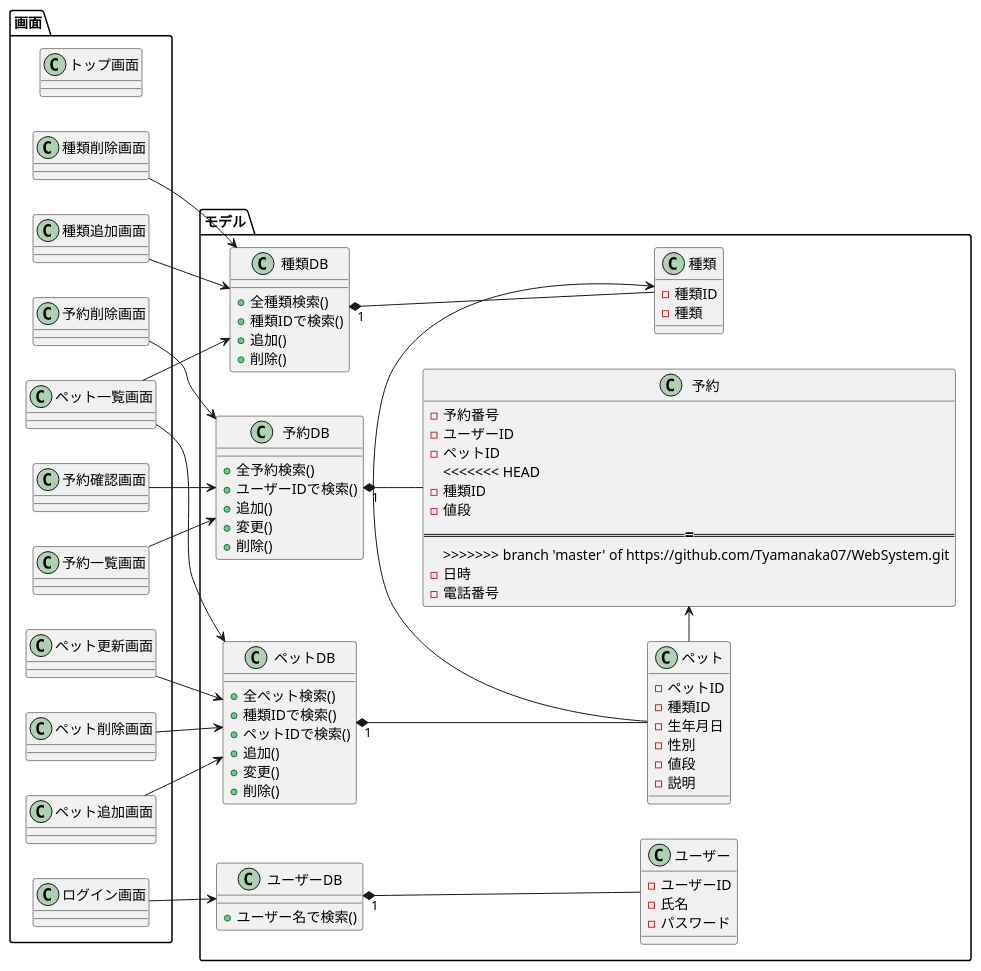
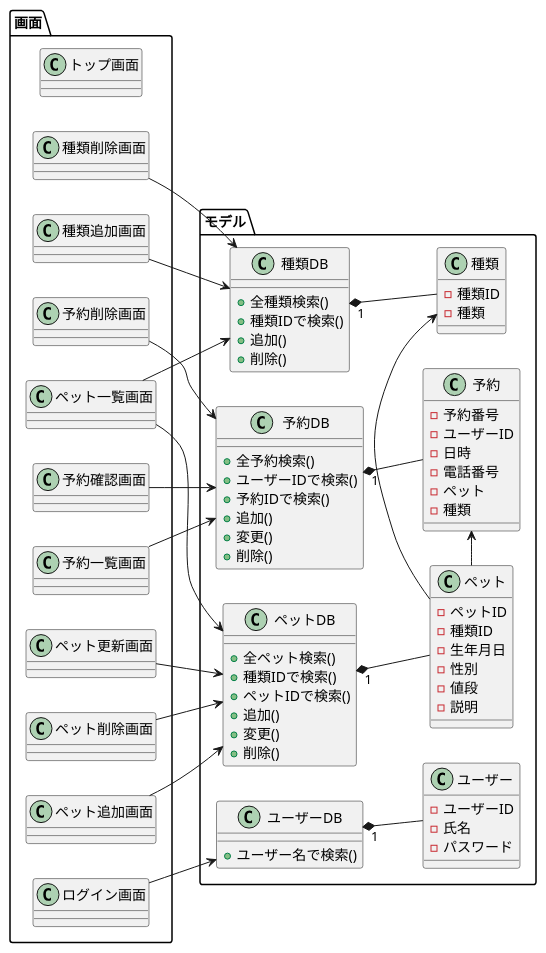
One commit to Tyamanaka07/WebSystem changed the diagram in UML/class.pu. Above: the diagram before and after it, drawn with PlantUML. The commit also changed 4 other files, not shown here.

Commit message:
クラス図修正

```diff
--- a/UML/class.pu
+++ b/UML/class.pu
@@ -1,101 +1,98 @@
 @startuml
 left to right direction
 
 package モデル{
 class ペット{
 	-ペットID
 	-種類ID
 	-生年月日
 	-性別
 	-値段
 	-説明
 }
 
 class 種類{
 	-種類ID
 	-種類
 }
 
 class ユーザー{
 	-ユーザーID
 	-氏名
 	-パスワード
 }
 
 class 予約{
 	-予約番号
 	-ユーザーID
-	-ペットID
-<<<<<<< HEAD
-	-種類ID
-	-値段
-=======
->>>>>>> branch 'master' of https://github.com/Tyamanaka07/WebSystem.git
 	-日時
 	-電話番号
+	-ペット
+	-種類
 }
 
 class ペットDB{
 	+全ペット検索()
 	+種類IDで検索()
 	+ペットIDで検索()
 	+追加()
 	+変更()
 	+削除()
 }
 
 class 種類DB{
 	+全種類検索()
 	+種類IDで検索()
 	+追加()
 	+削除()
 }
 
 class ユーザーDB{
 	+ユーザー名で検索()
 }
 
 class 予約DB{
 	+全予約検索()
 	+ユーザーIDで検索()
+	+予約IDで検索()
 	+追加()
 	+変更()
 	+削除()
 }
 }
 
 package 画面{
 class トップ画面
 class ペット一覧画面
 class ログイン画面
 class ペット追加画面
 class ペット更新画面
 class ペット削除画面
 class 種類追加画面
 class 種類削除画面
 class 予約確認画面
 class 予約一覧画面
 class 予約削除画面
 
 }
 
 ペットDB "1" *-- ペット
 種類DB "1" *-- 種類
 ユーザーDB "1" *-- ユーザー
 予約DB "1" *-- 予約
 ペット -> 種類
 ペット -> 予約
 
 ペット一覧画面-->種類DB
 ペット一覧画面-->ペットDB
 ログイン画面-->ユーザーDB
 ペット追加画面-->ペットDB
 ペット更新画面-->ペットDB
 種類追加画面-->種類DB
 種類削除画面-->種類DB
 ペット削除画面-->ペットDB
 予約確認画面-->予約DB
 予約一覧画面-->予約DB
 予約削除画面-->予約DB
 
 @enduml
```
